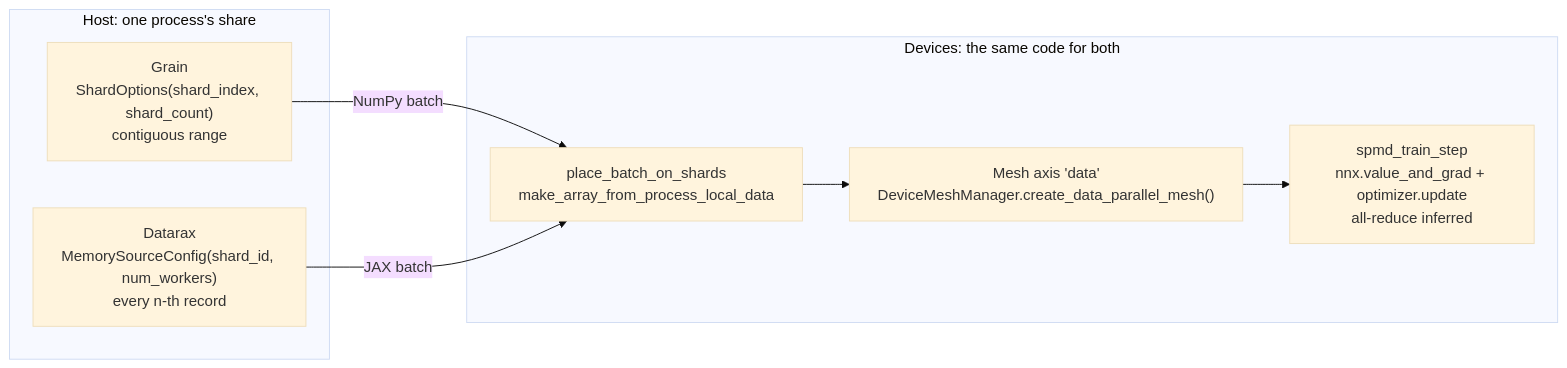
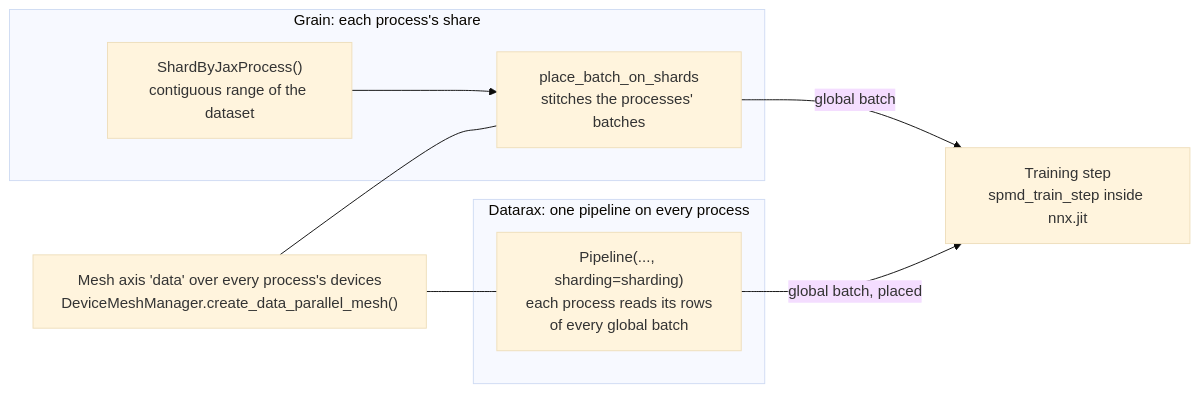
The diagram in docs/examples/comparison/process-and-device-sharding-guide.md (avitai/datarax), drawn with Mermaid (base theme) before and after one commit. The commit also changed other lines of this file and 13 other files, not shown here.

````diff
--- a/docs/examples/comparison/process-and-device-sharding-guide.md
+++ b/docs/examples/comparison/process-and-device-sharding-guide.md
@@ -364,17 +368,20 @@
 ```mermaid
 flowchart LR
-    subgraph Host["Host: one process's share"]
-        GS["Grain<br/>ShardOptions(shard_index, shard_count)<br/>contiguous range"]
-        DS["Datarax<br/>MemorySourceConfig(shard_id, num_workers)<br/>every n-th record"]
+    subgraph Grain["Grain: each process's share"]
+        GS["ShardByJaxProcess()<br/>contiguous range of the dataset"]
+        GP["place_batch_on_shards<br/>stitches the processes' batches"]
+        GS --> GP
     end
 
-    subgraph Placement["Devices: the same code for both"]
-        P["place_batch_on_shards<br/>make_array_from_process_local_data"]
-        M["Mesh axis 'data'<br/>DeviceMeshManager.create_data_parallel_mesh()"]
-        T["spmd_train_step<br/>nnx.value_and_grad + optimizer.update<br/>all-reduce inferred"]
-        P --> M --> T
+    subgraph Datarax["Datarax: one pipeline on every process"]
+        DP["Pipeline(..., sharding=sharding)<br/>each process reads its rows<br/>of every global batch"]
     end
 
-    GS -->|"NumPy batch"| P
-    DS -->|"JAX batch"| P
+    M["Mesh axis 'data' over every process's devices<br/>DeviceMeshManager.create_data_parallel_mesh()"]
+    T["Training step<br/>spmd_train_step inside nnx.jit"]
+
+    GP -->|"global batch"| T
+    DP -->|"global batch, placed"| T
+    M --- GP
+    M --- DP
 ```
````
